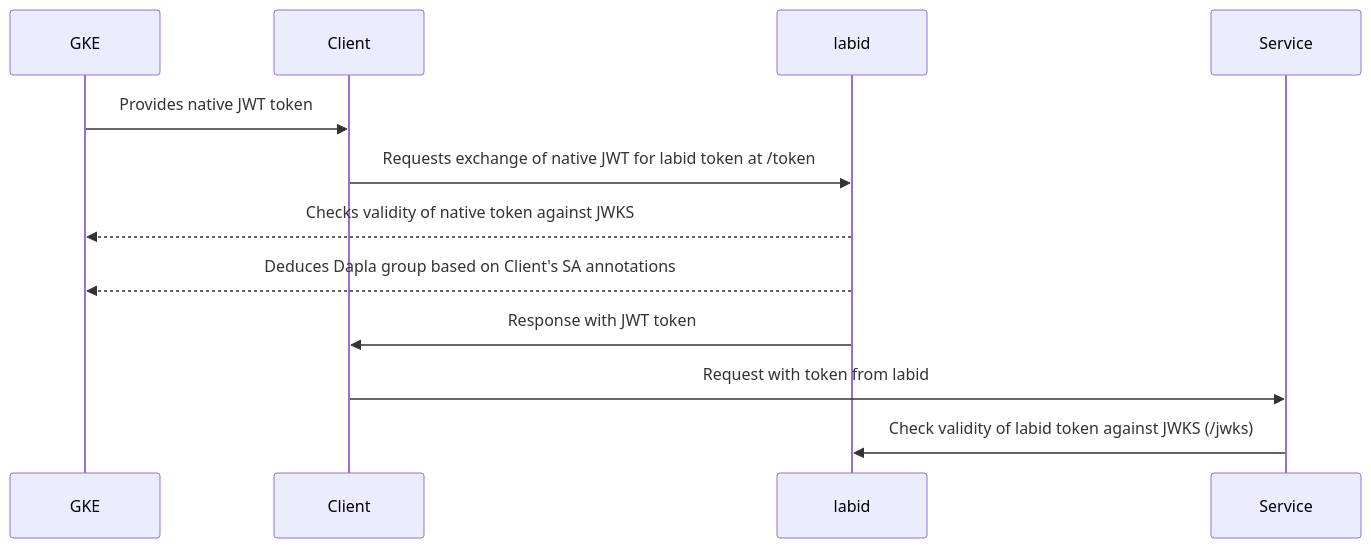
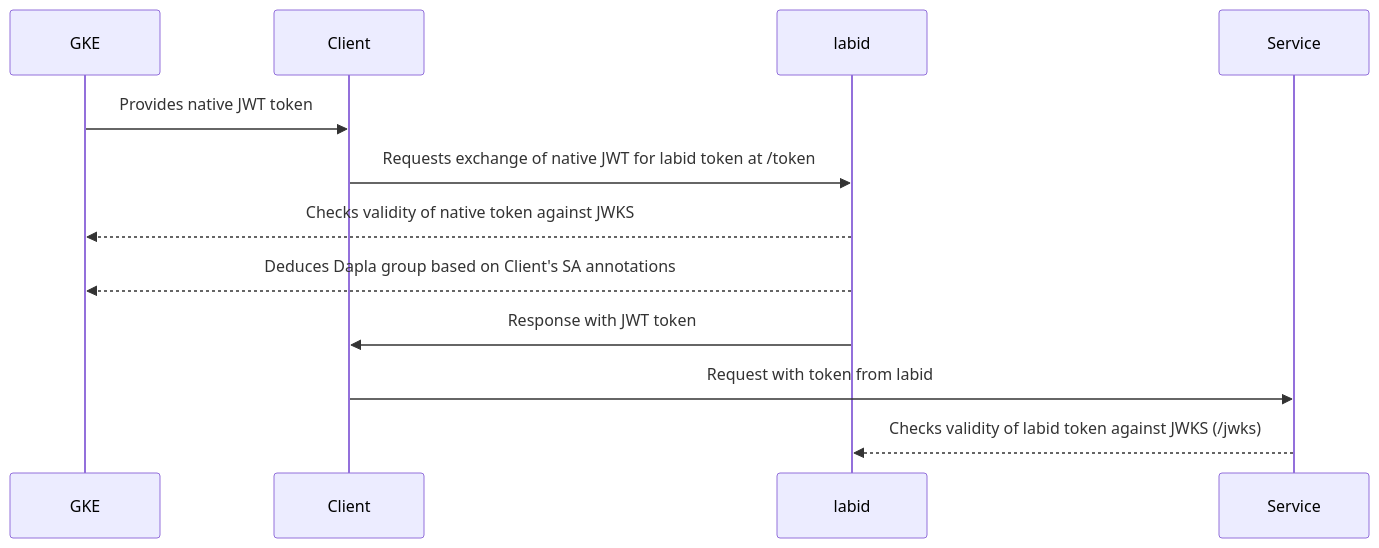
The diagram in README.md (trygu/labid), drawn with Mermaid before and after one commit.

````diff
--- a/README.md
+++ b/README.md
@@ -6,14 +6,14 @@
 ```mermaid
 sequenceDiagram
     participant GKE
     participant Client
     participant labid
     participant Service
     GKE->>Client: Provides native JWT token
     Client->>labid: Requests exchange of native JWT for labid token at /token
     labid-->>GKE: Checks validity of native token against JWKS
     labid-->>GKE: Deduces Dapla group based on Client's SA annotations
     labid->>Client: Response with JWT token
     Client->>Service: Request with token from labid
-    Service->>labid: Check validity of labid token against JWKS (/jwks)
+    Service-->>labid: Checks validity of labid token against JWKS (/jwks)
 ```
````
